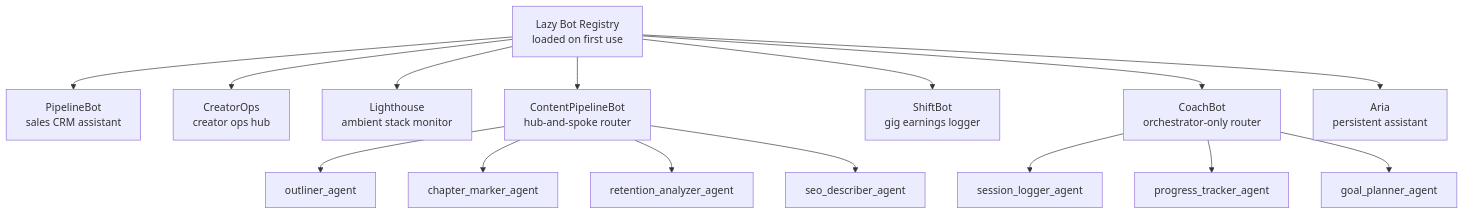
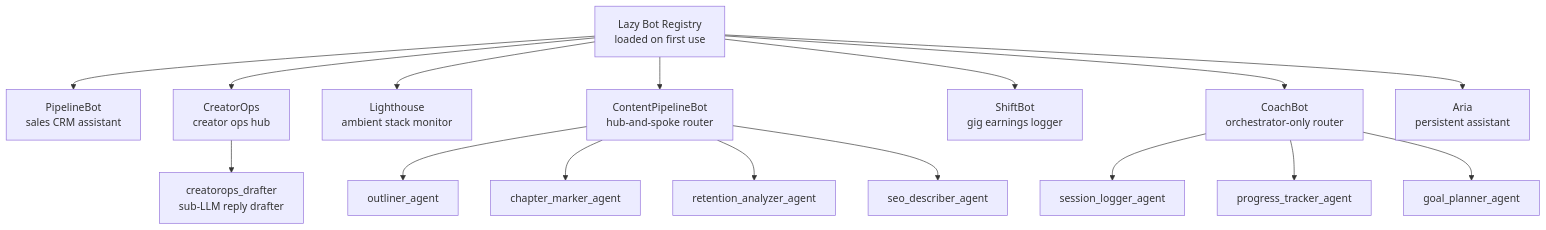
One commit to DamianBuilds-ai/meridian changed the third of 3 diagrams in README.md. Above: the diagram before and after it, drawn with Mermaid. The commit also changed other lines of this file and 3 other files, not shown here.

````diff
--- a/README.md
+++ b/README.md
@@ -91,18 +91,19 @@
 ```mermaid
 graph TD
     REG["Lazy Bot Registry<br/>loaded on first use"]
     REG --> PB["PipelineBot<br/>sales CRM assistant"]
     REG --> CO["CreatorOps<br/>creator ops hub"]
     REG --> LH["Lighthouse<br/>ambient stack monitor"]
     REG --> CP["ContentPipelineBot<br/>hub-and-spoke router"]
     REG --> SB["ShiftBot<br/>gig earnings logger"]
     REG --> CB["CoachBot<br/>orchestrator-only router"]
     REG --> AR["Aria<br/>persistent assistant"]
     CP --> CP1["outliner_agent"]
     CP --> CP2["chapter_marker_agent"]
     CP --> CP3["retention_analyzer_agent"]
     CP --> CP4["seo_describer_agent"]
     CB --> CB1["session_logger_agent"]
     CB --> CB2["progress_tracker_agent"]
     CB --> CB3["goal_planner_agent"]
+    CO --> CO1["creatorops_drafter<br/>sub-LLM reply drafter"]
 ```
````
